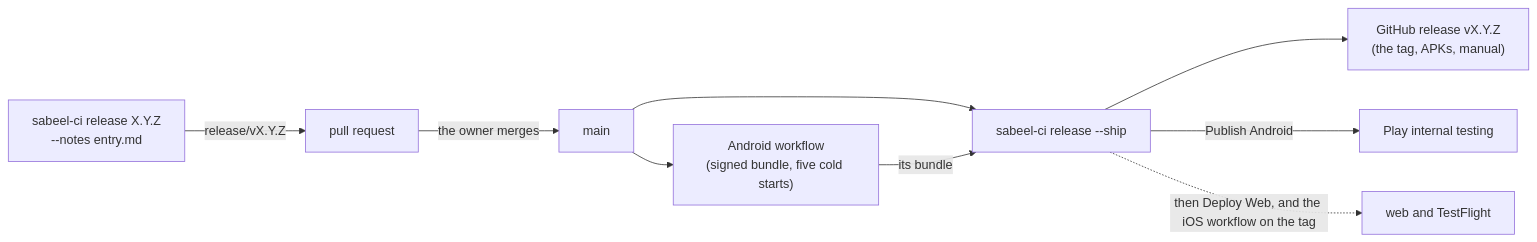
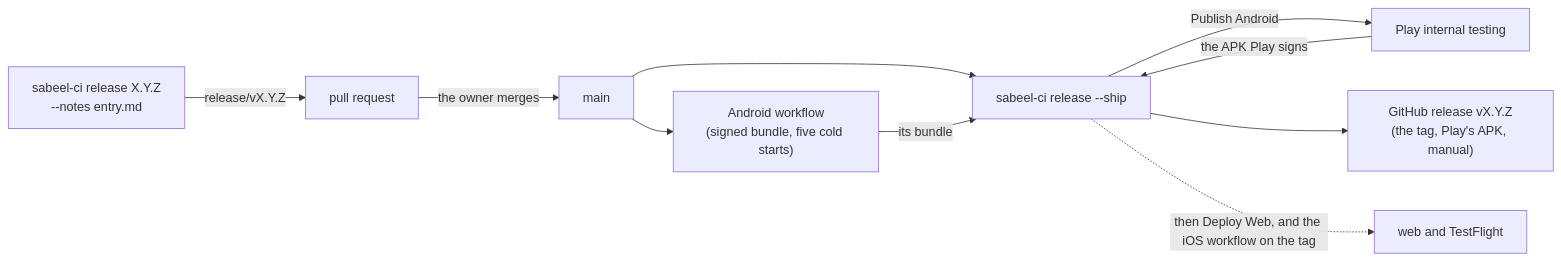
The second of 2 diagrams in README.md (Sabeel-Institute/ci-tools), drawn with Mermaid before and after one commit. The commit also changed other lines of this file and 11 other files, not shown here.

First line of the commit message:
feat(release): attach the APK Play signs

````diff
--- a/README.md
+++ b/README.md
@@ -364,11 +365,12 @@
 ```mermaid
 flowchart LR
   A["sabeel-ci release X.Y.Z<br/>--notes entry.md"] -- "release/vX.Y.Z" --> P[pull request]
   P -- "the owner merges" --> M[main]
   M --> C["Android workflow<br/>(signed bundle, five cold starts)"]
   M --> S["sabeel-ci release --ship"]
   C -- "its bundle" --> S
-  S --> G["GitHub release vX.Y.Z<br/>(the tag, APKs, manual)"]
   S -- "Publish Android" --> Y[Play internal testing]
+  Y -- "the APK Play signs" --> S
+  S --> G["GitHub release vX.Y.Z<br/>(the tag, Play's APK, manual)"]
   S -. "then Deploy Web, and the iOS workflow on the tag" .-> W[web and TestFlight]
 ```
````
